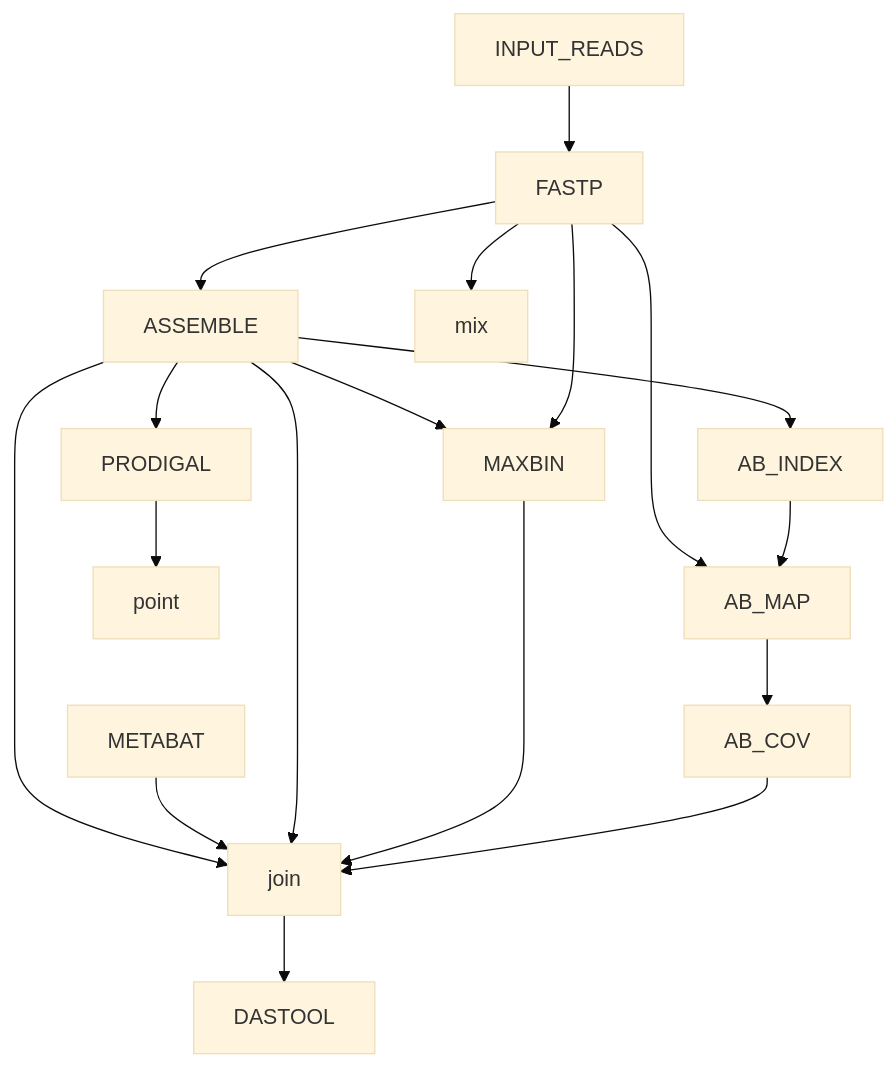
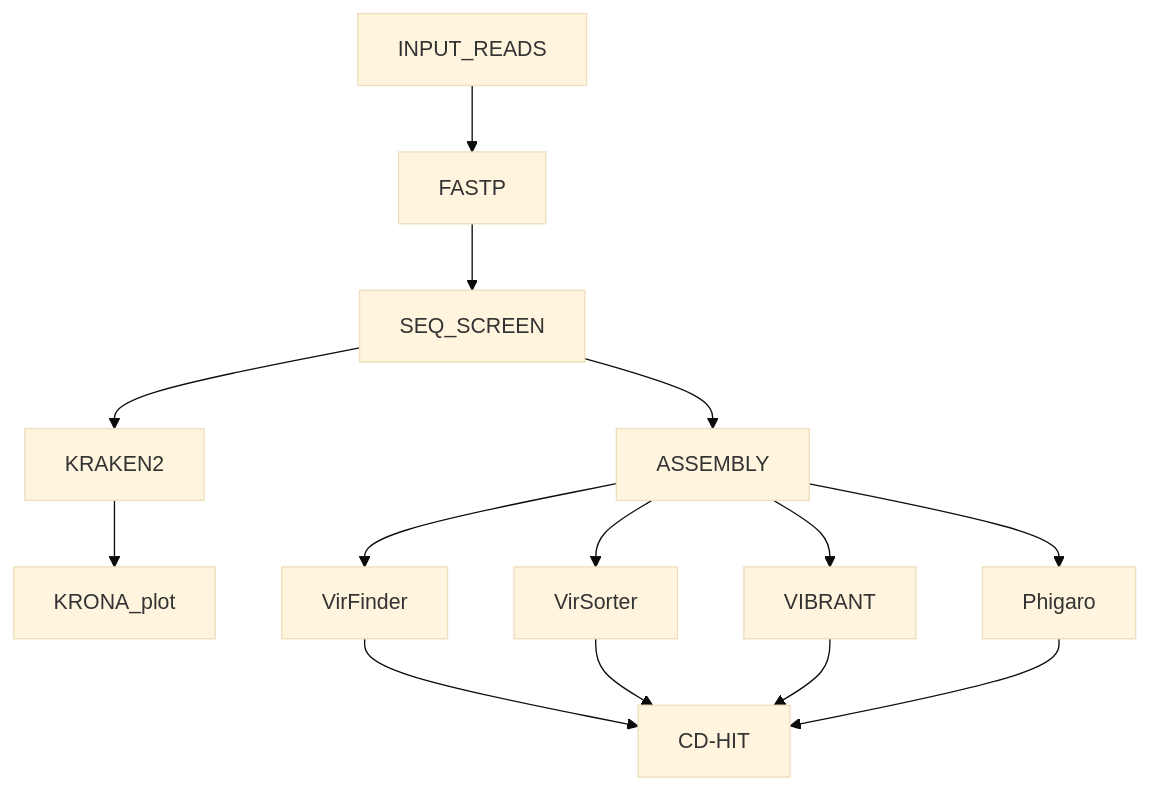
Before and after one commit to telatin/magflow: the diagram in README.md, drawn with Mermaid (base theme).

````diff
--- a/README.md
+++ b/README.md
@@ -3,20 +3,17 @@
 ```mermaid
 graph TD;
  INPUT_READS --> FASTP;
- FASTP --> ASSEMBLE;
- FASTP --> mix;
- ASSEMBLE --> AB_INDEX;
- AB_INDEX --> AB_MAP;
- FASTP --> AB_MAP;
- AB_MAP --> AB_COV;
- AB_COV --> join;
- ASSEMBLE --> PRODIGAL;
- PRODIGAL --> point;
- FASTP --> MAXBIN;
- ASSEMBLE --> MAXBIN;
- MAXBIN --> join;
- ASSEMBLE --> join;
- METABAT --> join;
- ASSEMBLE --> join;
- join --> DASTOOL;
+ FASTP --> SEQ_SCREEN;
+ SEQ_SCREEN --> KRAKEN2;
+ KRAKEN2 --> KRONA_plot;
+ SEQ_SCREEN --> ASSEMBLY;
+ ASSEMBLY --> VirFinder;
+ ASSEMBLY --> VirSorter;
+ ASSEMBLY --> VIBRANT;
+ ASSEMBLY --> Phigaro;
+ VirFinder --> CD-HIT;
+ VirSorter --> CD-HIT ;
+ VIBRANT --> CD-HIT ;
+ Phigaro --> CD-HIT ;
+  
 ```
````
